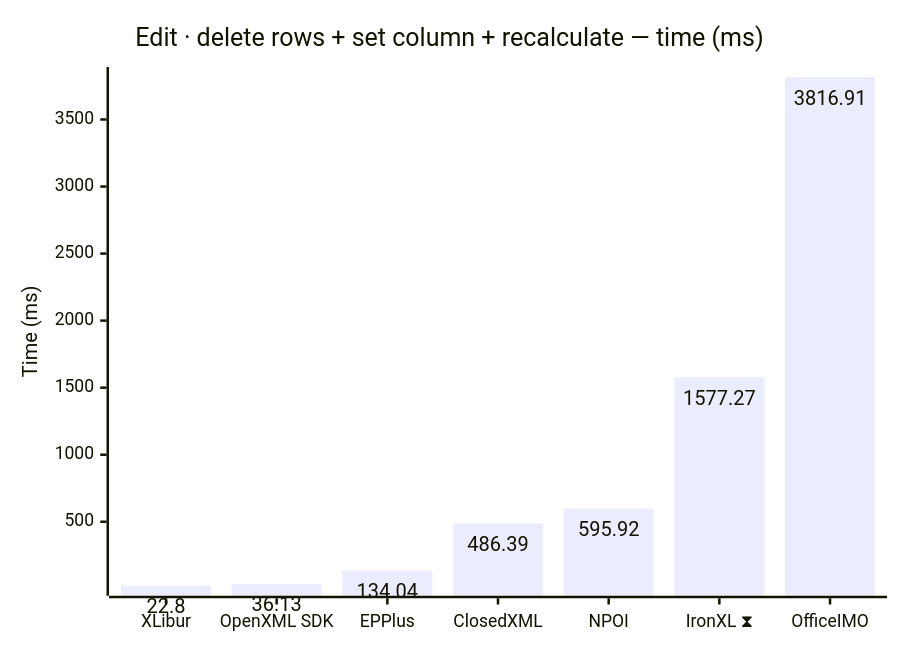
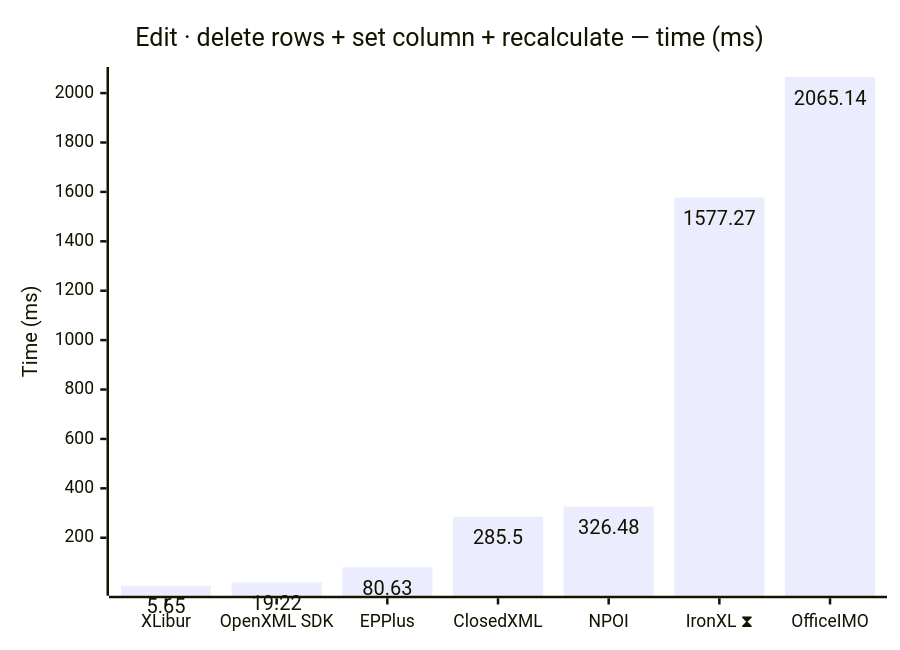
One commit to jafin/XLBench changed the ninth of 12 diagrams in docs/results-ci.md. Above: the diagram before and after it, drawn with Mermaid. The commit also changed other lines of this file, not shown here.

````diff
--- a/docs/results-ci.md
+++ b/docs/results-ci.md
@@ -147,12 +147,12 @@
 ```mermaid
 ---
 config:
   xyChart:
     showDataLabel: true
 ---
 xychart-beta
     title "Edit · delete rows + set column + recalculate — time (ms)"
     x-axis ["XLibur", "OpenXML SDK", "EPPlus", "ClosedXML", "NPOI", "IronXL ⧗", "OfficeIMO"]
     y-axis "Time (ms)"
-    bar [22.8, 36.13, 134.04, 486.39, 595.92, 1577.27, 3816.91]
+    bar [5.65, 19.22, 80.63, 285.5, 326.48, 1577.27, 2065.14]
 ```
````
